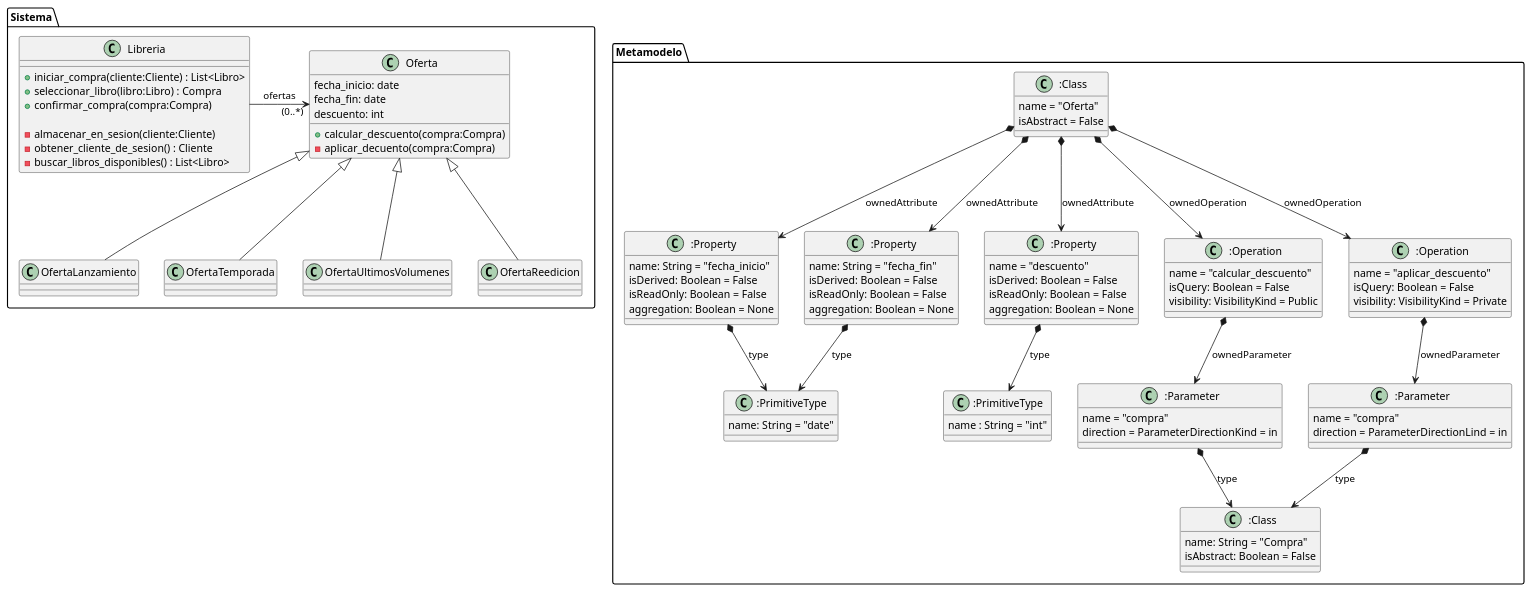
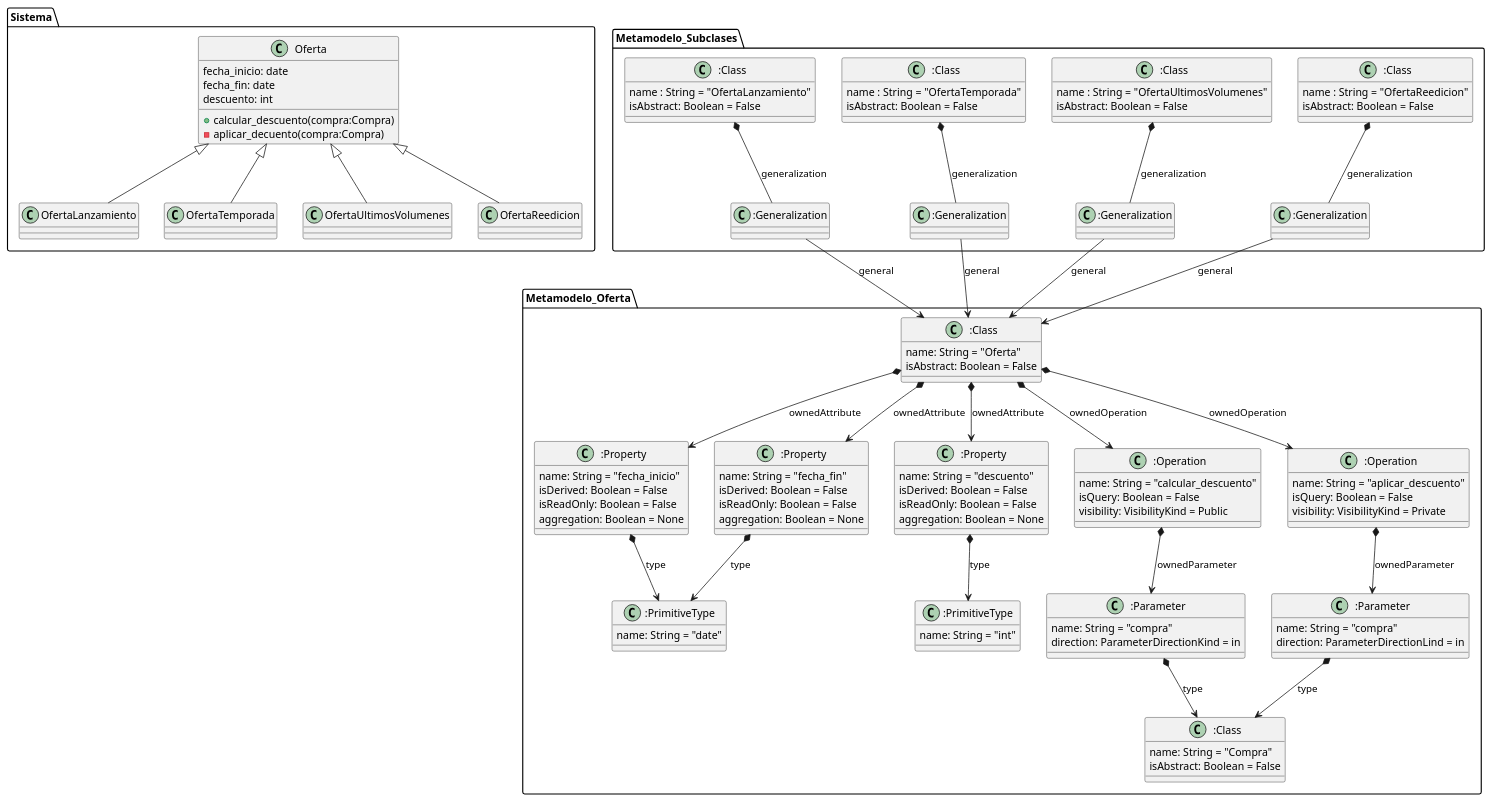
Before and after one commit to pablodanielrey/dsbm: the diagram in tp/metamodelo/metamodelo.plantuml, drawn with PlantUML.

Commit message:
diagrama completo para entregar hasta ahora

```diff
--- a/tp/metamodelo/metamodelo.plantuml
+++ b/tp/metamodelo/metamodelo.plantuml
@@ -1,133 +1,178 @@
 @startuml metamodelo_clases_herencia
 
 
 package Sistema {
-
-
-    class Libreria {
-        + iniciar_compra(cliente:Cliente) : List<Libro>
-        + seleccionar_libro(libro:Libro) : Compra
-        + confirmar_compra(compra:Compra)
-
-        - almacenar_en_sesion(cliente:Cliente)
-        - obtener_cliente_de_sesion() : Cliente
-        - buscar_libros_disponibles() : List<Libro>
-    }
-
-    Libreria -> "(0..*)" Oferta : ofertas
 
     class Oferta {
         fecha_inicio: date
         fecha_fin: date
         descuento: int
 
         + calcular_descuento(compra:Compra)
         - aplicar_decuento(compra:Compra)
     }
 
     class OfertaLanzamiento {
     }
 
     class OfertaTemporada {
     }
 
     class OfertaUltimosVolumenes {
     }
 
     class OfertaReedicion {
     }
 
     Oferta <|-- OfertaLanzamiento
     Oferta <|-- OfertaReedicion
     Oferta <|-- OfertaUltimosVolumenes
     Oferta <|-- OfertaTemporada
 
 
 }
 
 
-package Metamodelo {
+package Metamodelo_Oferta {
+
 
     class ":Class" as c1 {
-        name = "Oferta"
-        isAbstract = False
+        name: String = "Oferta"
+        isAbstract: Boolean = False
     }
 
     class ":PrimitiveType" as date_type {
         name: String = "date"
     }
 
     class ":Property" as a1 {
         name: String = "fecha_inicio"
         isDerived: Boolean = False
         isReadOnly: Boolean = False
         aggregation: Boolean = None
     }
     a1 *--> date_type : type
 
     class ":Property" as a2 {
         name: String = "fecha_fin"
         isDerived: Boolean = False
         isReadOnly: Boolean = False
         aggregation: Boolean = None
     }
     a2 *--> date_type : type
 
 
     class ":Property" as a3 {
-        name = "descuento"
+        name: String = "descuento"
         isDerived: Boolean = False
         isReadOnly: Boolean = False
         aggregation: Boolean = None
     }
 
     class ":PrimitiveType" as a3t {
-        name : String = "int"
+        name: String = "int"
     }
     a3 *--> a3t : type
 
     c1 *--> a1 : ownedAttribute
     c1 *--> a2 : ownedAttribute
     c1 *--> a3 : ownedAttribute
 
     class ":Class" as compra {
         name: String = "Compra"
         isAbstract: Boolean = False
     }
 
     class ":Operation" as m1 {
-        name = "calcular_descuento"
+        name: String = "calcular_descuento"
         isQuery: Boolean = False
         visibility: VisibilityKind = Public
     }
     c1 *--> m1 : ownedOperation
 
     class ":Parameter" as m1_p1 {
-        name = "compra"
-        direction = ParameterDirectionKind = in
+        name: String = "compra"
+        direction: ParameterDirectionKind = in
     }
 
     m1_p1 *--> compra : type
     m1 *--> m1_p1 : ownedParameter
     
 
     class ":Operation" as m2 {
-        name = "aplicar_descuento"
+        name: String = "aplicar_descuento"
         isQuery: Boolean = False
         visibility: VisibilityKind = Private
     }
     c1 *--> m2 : ownedOperation
 
     class ":Parameter" as m2_p1 {
-        name = "compra"
-        direction = ParameterDirectionLind = in
+        name: String = "compra"
+        direction: ParameterDirectionLind = in
     }
     m2_p1 *--> compra : type
     m2 *--> m2_p1 : ownedParameter
 
 
 }
 
+package Metamodelo_Subclases {
+
+    class ":Class" as o1 {
+        name : String = "OfertaLanzamiento"
+        isAbstract: Boolean = False
+    }
+
+    class ":Generalization" as g1 {
+
+    }
+
+    o1 *-- g1 : generalization
+    g1 --> c1 : general
+
+
+
+    class ":Class" as o2 {
+        name : String = "OfertaTemporada"
+        isAbstract: Boolean = False
+    }
+
+    class ":Generalization" as g2 {
+
+    }
+
+    o2 *-- g2 : generalization
+    g2 --> c1 : general
+
+
+    class ":Class" as o3 {
+        name : String = "OfertaUltimosVolumenes"
+        isAbstract: Boolean = False
+    }
+
+    class ":Generalization" as g3 {
+
+    }
+
+    o3 *-- g3 : generalization
+    g3 --> c1 : general
+
+
+
+    class ":Class" as o4 {
+        name : String = "OfertaReedicion"
+        isAbstract: Boolean = False
+    }
+
+    class ":Generalization" as g4 {
+
+    }
+
+    o4 *-- g4 : generalization
+    g4 --> c1 : general
+
+
+}
 
 
 @enduml
```
